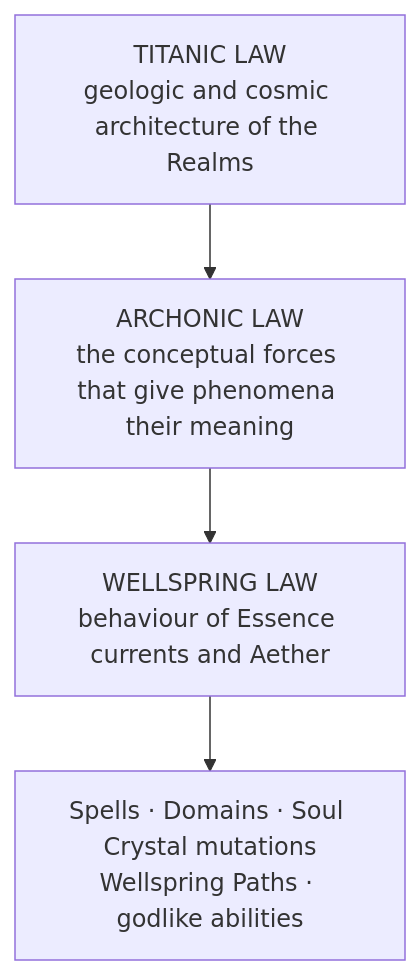
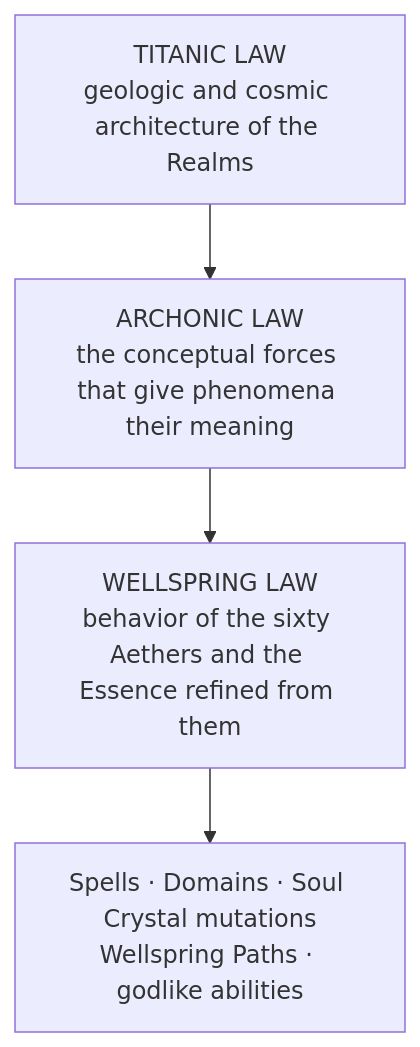
Before and after one commit to vispotvision/wotr-rule-index: the third of 3 diagrams in wiki/Cosmology & Metaphysics/Faith and the Powers Above/The Fourteen Archons/The Fourteen Archons.md, drawn with Mermaid. The commit also changed other lines of this file and 160 other files, not shown here.

````diff
--- a/wiki/Cosmology & Metaphysics/Faith and the Powers Above/The Fourteen Archons/The Fourteen Archons.md
+++ b/wiki/Cosmology & Metaphysics/Faith and the Powers Above/The Fourteen Archons/The Fourteen Archons.md
@@ -135,8 +142,8 @@
 ```mermaid
 flowchart TD
     T["TITANIC LAW<br>geologic and cosmic architecture of the Realms"]
     A["ARCHONIC LAW<br>the conceptual forces that give phenomena their meaning"]
-    W["WELLSPRING LAW<br>behaviour of Essence currents and Aether"]
+    W["WELLSPRING LAW<br>behavior of the sixty Aethers and the Essence refined from them"]
     T --> A --> W
     W --> X["Spells · Domains · Soul Crystal mutations<br>Wellspring Paths · godlike abilities"]
 ```
````
